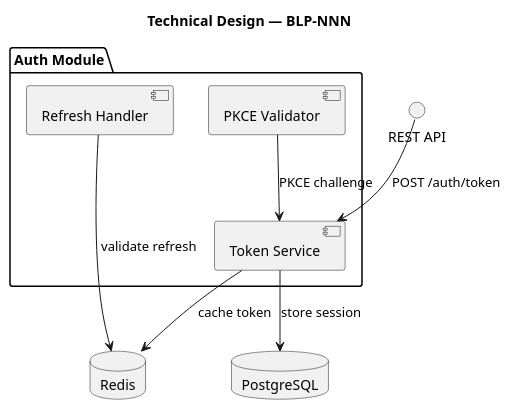
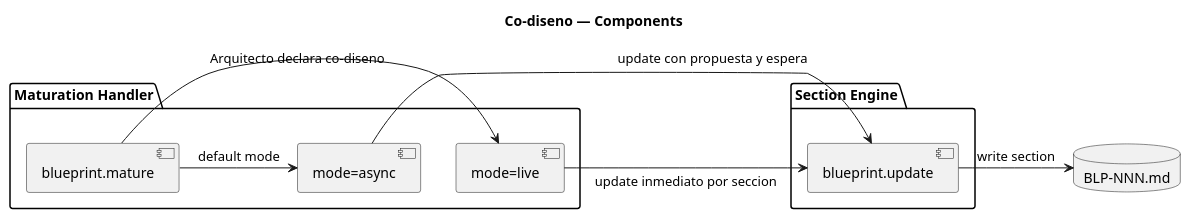
One commit to FidelErnesto03/arqux changed the fourth of 4 diagrams in .arqux/cycles/CYCLE-01/blueprints/BLP-008.md. Above: the diagram before and after it, drawn with PlantUML. The commit also changed other lines of this file and 4 other files, not shown here.

````diff
--- a/.arqux/cycles/CYCLE-01/blueprints/BLP-008.md
+++ b/.arqux/cycles/CYCLE-01/blueprints/BLP-008.md
@@ -120,26 +180,25 @@
 ```puml
 @startuml
-title Technical Design — BLP-NNN
-' REQUIRED: Component diagram showing all modules, their responsibilities,
-' and their interfaces. Use standard UML component notation.
+title Co-diseno — Components
 
-package "Auth Module" {
-  [Token Service] as TS
-  [Refresh Handler] as RH
-  [PKCE Validator] as PV
+package "Maturation Handler" {
+  [blueprint.mature] as BM
+  [mode=live] as LIVE
+  [mode=async] as ASYNC
 }
 
-database "Redis" as RC
-database "PostgreSQL" as PG
-interface "REST API" as API
+package "Section Engine" {
+  [blueprint.update] as BU
+}
 
-API --> TS : POST /auth/token
-TS --> PG : store session
-TS --> RC : cache token
-RH --> RC : validate refresh
-PV --> TS : PKCE challenge
+database "BLP-NNN.md" as BLP
 
-' Each component must have a clear responsibility.
-' Each arrow must have a clear purpose.
+BM -> LIVE: Arquitecto declara co-diseno
+BM -> ASYNC: default mode
+
+LIVE -> BU: update inmediato por seccion
+ASYNC -> BU: update con propuesta y espera
+
+BU -> BLP: write section
 @enduml
 ```
````
